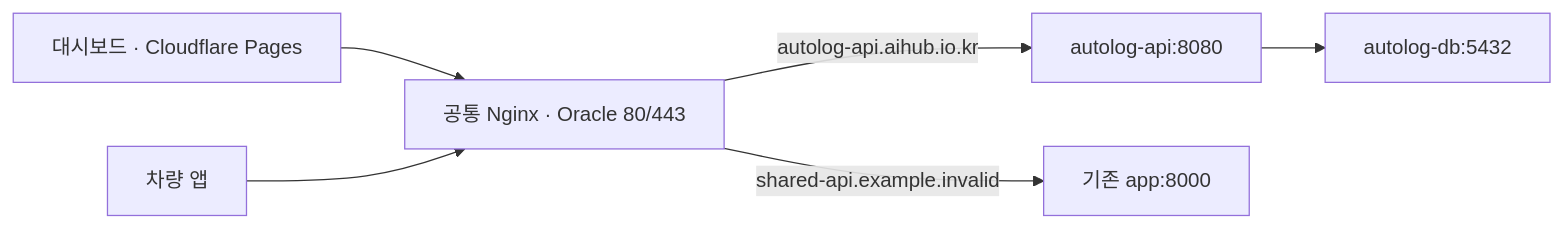
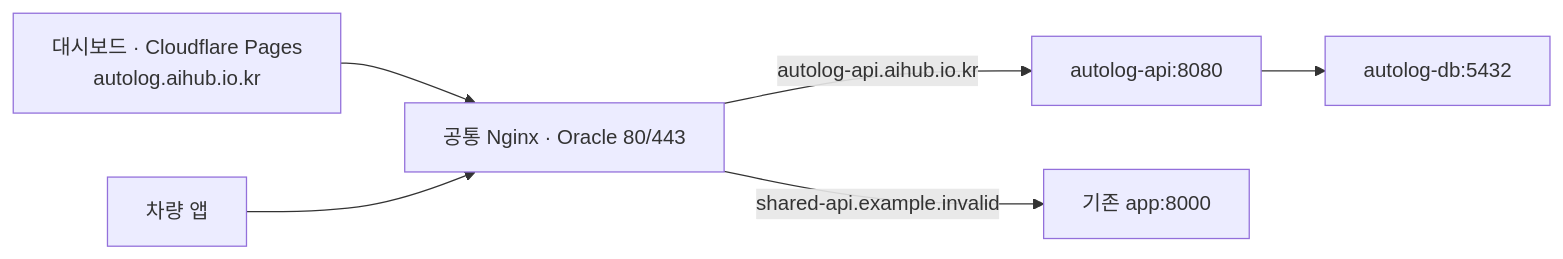
Before and after one commit to chabinhwang/autolog-hyundai-2026: the diagram in deploy/README.md, drawn with Mermaid. The commit also changed other lines of this file and 4 other files, not shown here.

Commit message:
docs: 대시보드 운영 주소를 autolog.aihub.io.kr로 연결

````diff
--- a/deploy/README.md
+++ b/deploy/README.md
@@ -17,8 +17,8 @@
 ```mermaid
 flowchart LR
-    P["대시보드 · Cloudflare Pages"] --> N["공통 Nginx · Oracle 80/443"]
+    P["대시보드 · Cloudflare Pages<br/>autolog.aihub.io.kr"] --> N["공통 Nginx · Oracle 80/443"]
     C["차량 앱"] --> N
     N -->|"autolog-api.aihub.io.kr"| A["autolog-api:8080"]
     N -->|"shared-api.example.invalid"| T["기존 app:8000"]
     A --> D["autolog-db:5432"]
 ```
````
